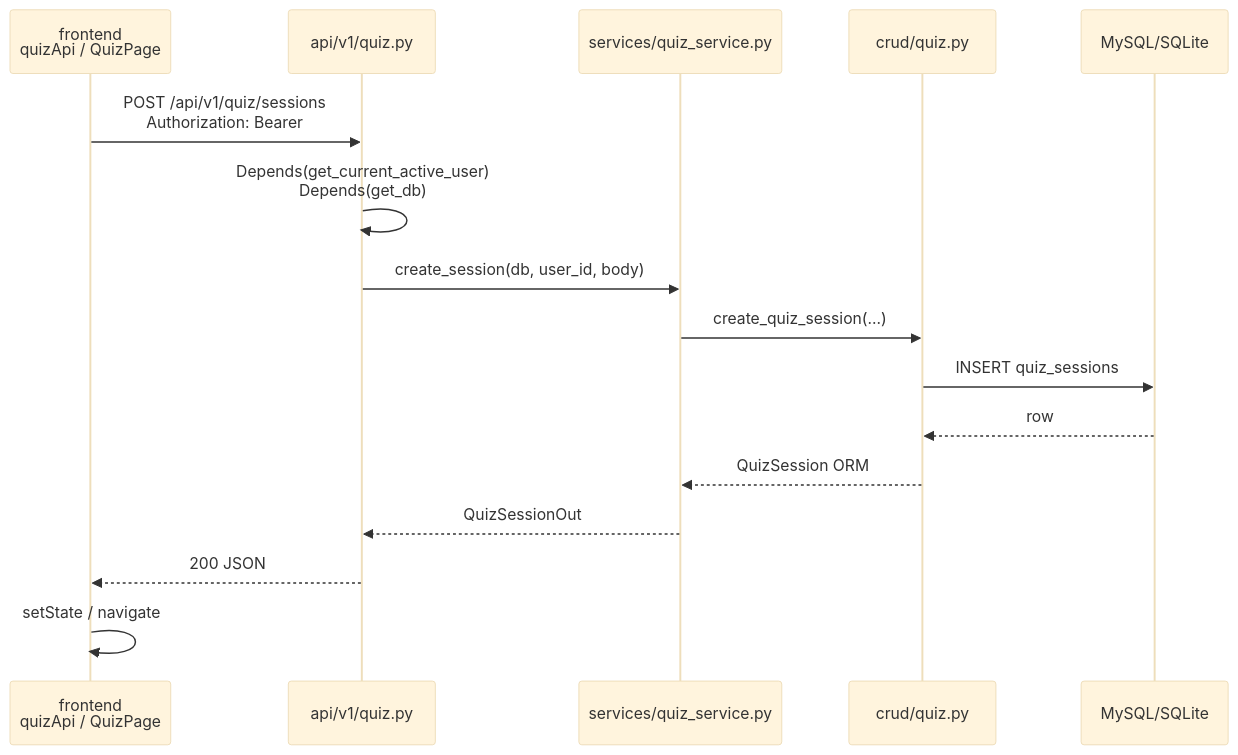
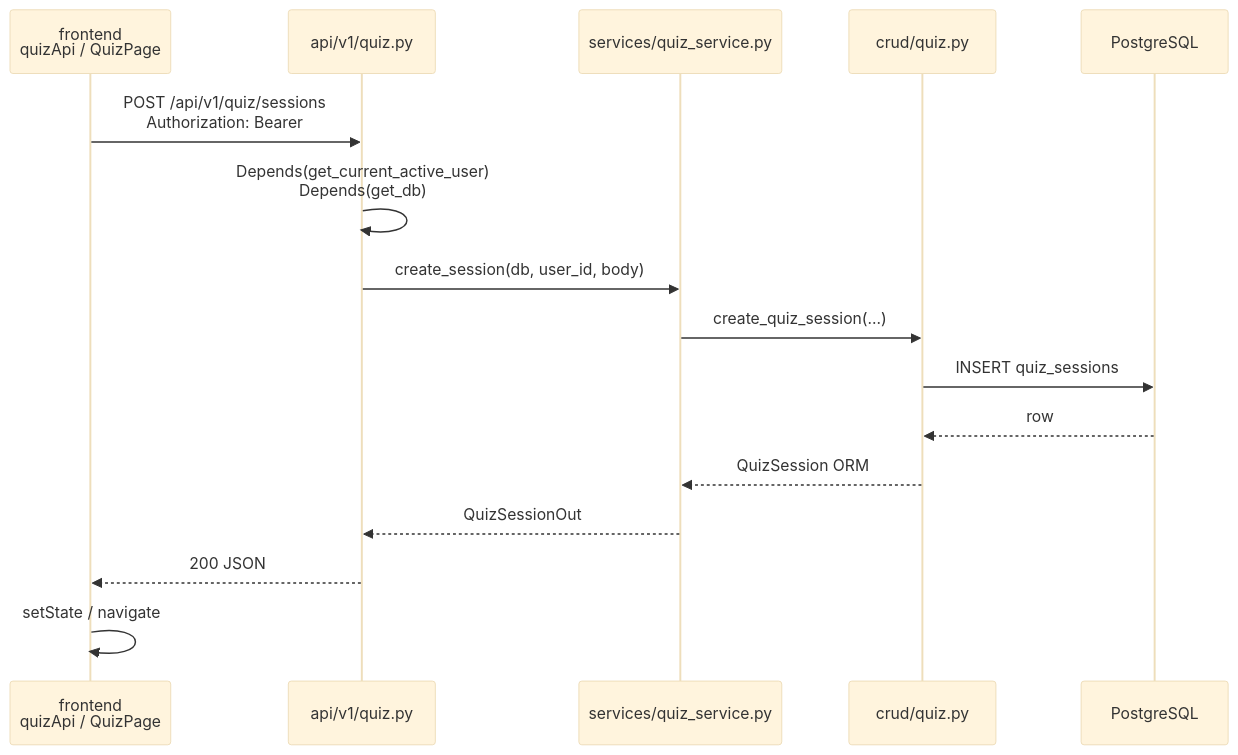
The first of 3 diagrams in docs/development/dev_guide.md (pfx43/zhixu-backend), drawn with Mermaid (base theme) before and after one commit. The commit also changed other lines of this file and 42 other files, not shown here.

First line of the commit message:
fix: 只用 PostgreSQL 跑测试和 CI，聊天热路径改为短会话异步

````diff
--- a/docs/development/dev_guide.md
+++ b/docs/development/dev_guide.md
@@ -596,19 +596,19 @@
 ```mermaid
 sequenceDiagram
     participant FE as frontend<br/>quizApi / QuizPage
     participant RT as api/v1/quiz.py
     participant SV as services/quiz_service.py
     participant CR as crud/quiz.py
-    participant DB as MySQL/SQLite
+    participant DB as PostgreSQL
 
     FE->>RT: POST /api/v1/quiz/sessions<br/>Authorization: Bearer
     RT->>RT: Depends(get_current_active_user)<br/>Depends(get_db)
     RT->>SV: create_session(db, user_id, body)
     SV->>CR: create_quiz_session(...)
     CR->>DB: INSERT quiz_sessions
     DB-->>CR: row
     CR-->>SV: QuizSession ORM
     SV-->>RT: QuizSessionOut
     RT-->>FE: 200 JSON
     FE->>FE: setState / navigate
 ```
````
